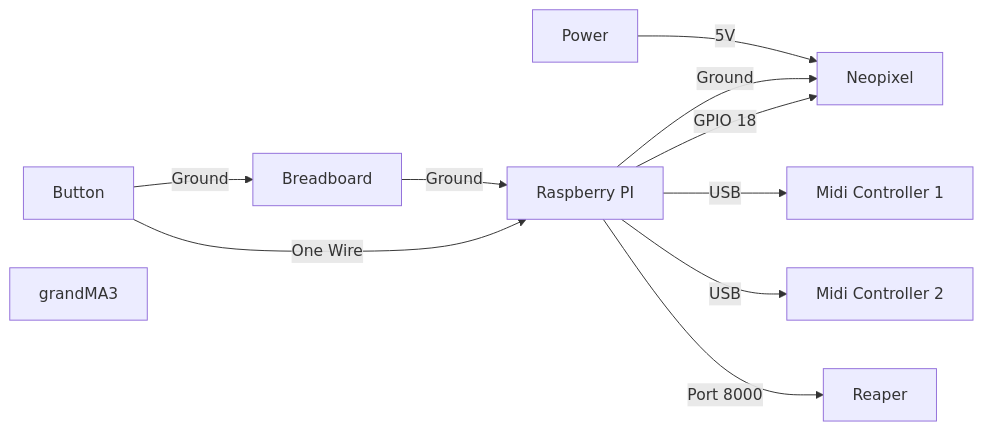
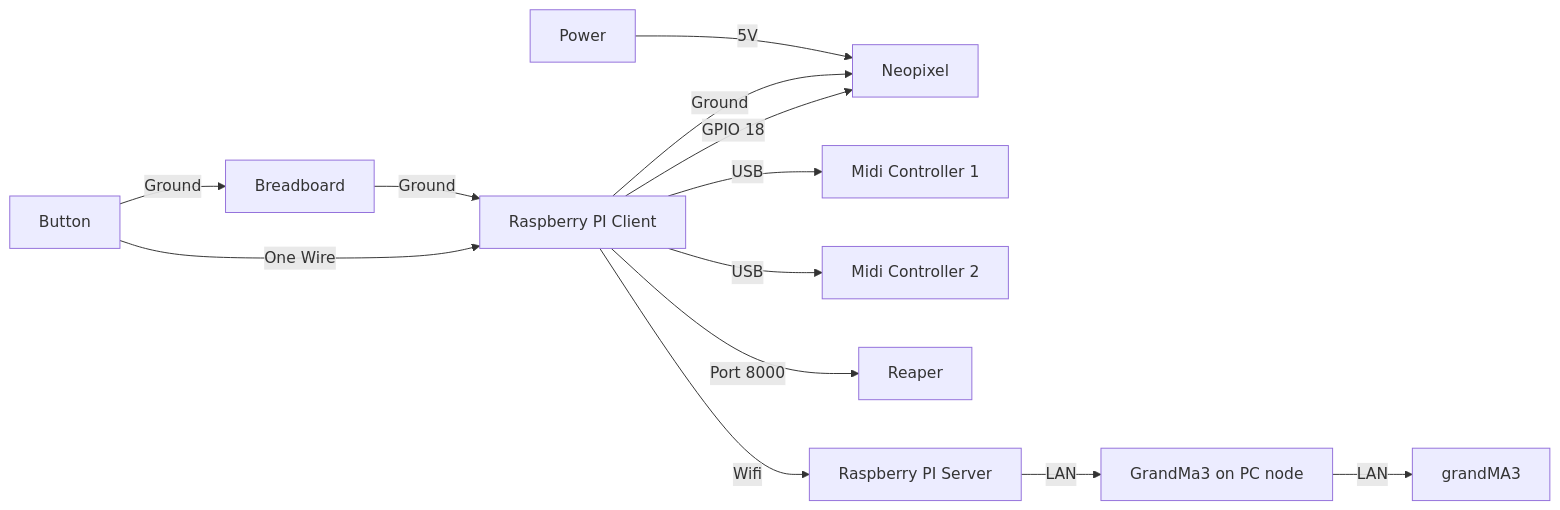
Before and after one commit to Kean-en/TeamA-Egl314: the diagram in README.md, drawn with Mermaid. The commit also changed other lines of this file and 3 other files, not shown here.

````diff
--- a/README.md
+++ b/README.md
@@ -45,21 +45,26 @@
 ```mermaid
 graph LR
 A[Button]
 B[Breadboard]
-C[Raspberry PI]
+C[Raspberry PI Client]
 D[Neopixel]
 E[Midi Controller 1]
 F[Midi Controller 2]
 G[Reaper]
 H[grandMA3]
+I[Raspberry PI Server]
+J[GrandMa3 on PC node]
 
 A --Ground--> B
 A --One Wire--> C
 B --Ground--> C
 C --GPIO 18--> D
 C --Ground--> D
 C --USB--> E
 C --USB--> F
 Power --5V--> D
 C --Port 8000--> G
+C --Wifi--> I
+I --LAN--> J
+J --LAN--> H
 ```
````
